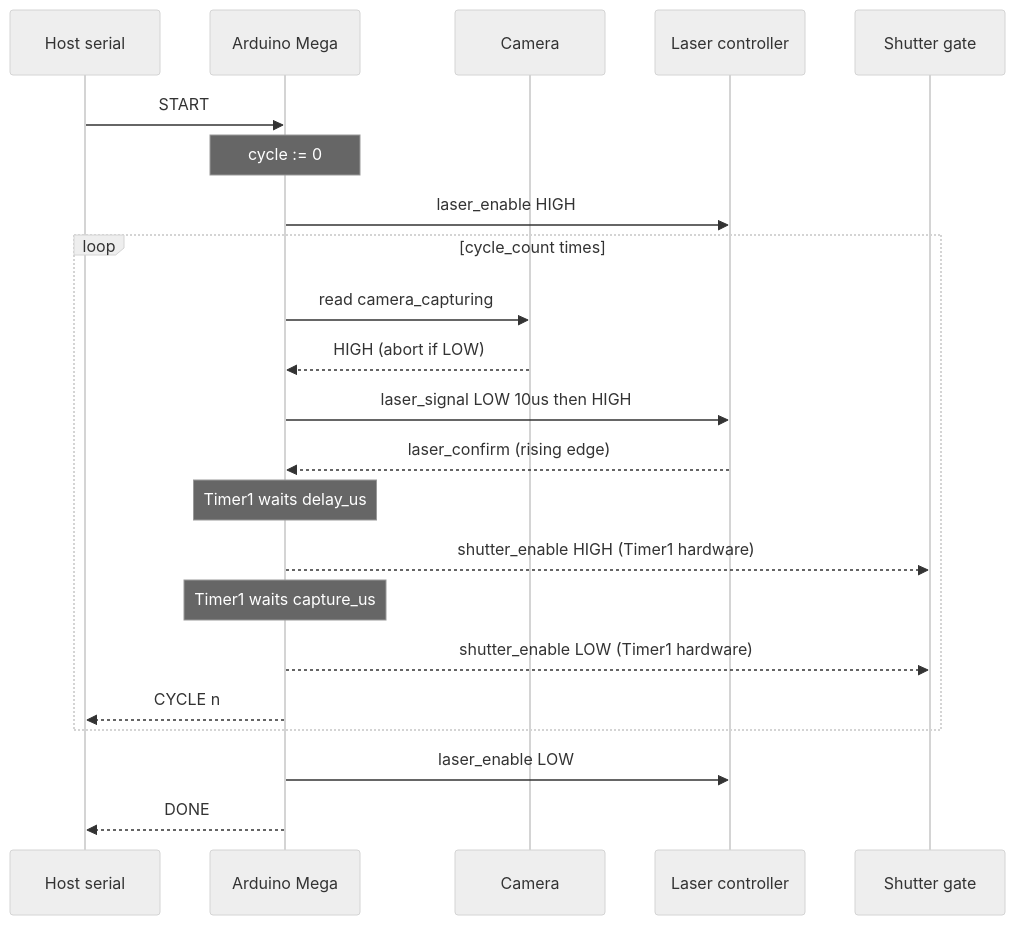
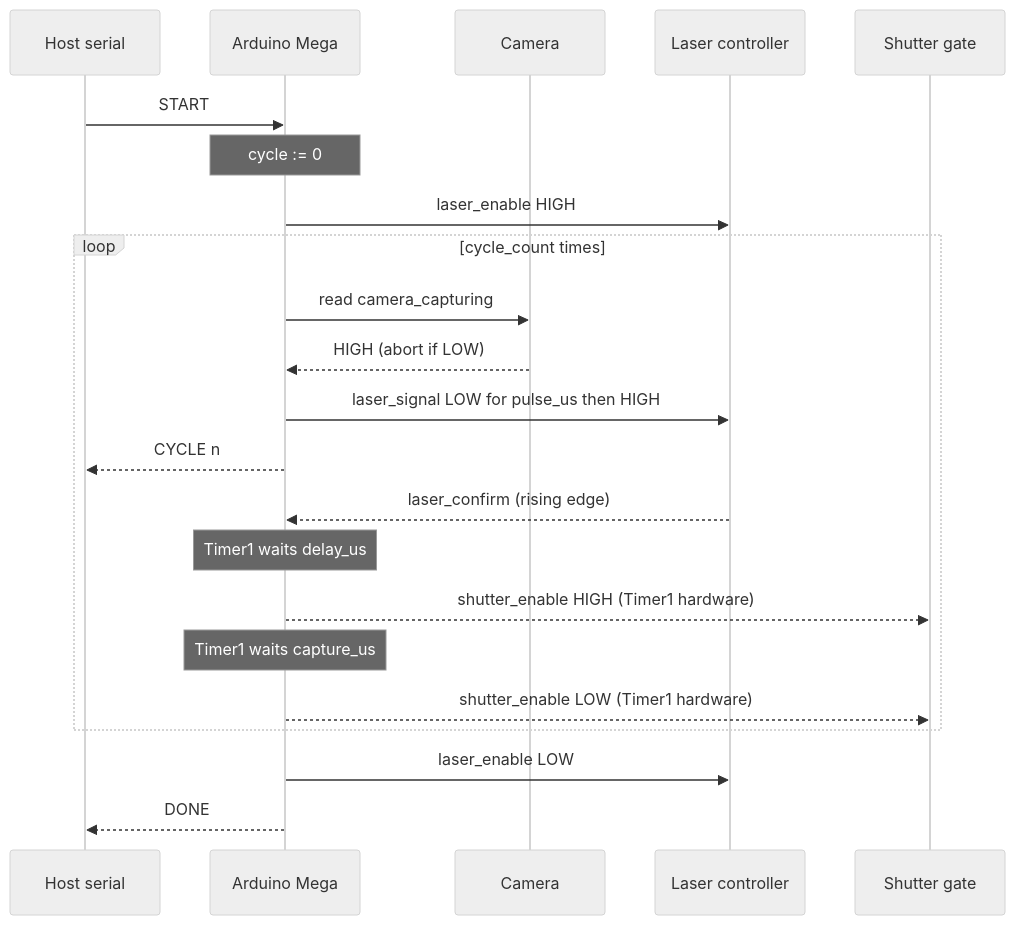
The fifth of 6 diagrams in Arduino/5_capture_sequence/README.md (jlassen-terray/FRET-Microscope-Timing), drawn with Mermaid (neutral theme) before and after one commit. The commit also changed other lines of this file and 2 other files, not shown here.

````diff
--- a/Arduino/5_capture_sequence/README.md
+++ b/Arduino/5_capture_sequence/README.md
@@ -113,27 +114,27 @@
 ```mermaid
 sequenceDiagram
     participant PC as Host serial
     participant M as Arduino Mega
     participant C as Camera
     participant L as Laser controller
     participant S as Shutter gate
 
     PC->>M: START
     Note over M: cycle := 0
     M->>L: laser_enable HIGH
 
     loop cycle_count times
         M->>C: read camera_capturing
         C-->>M: HIGH (abort if LOW)
-        M->>L: laser_signal LOW 10us then HIGH
+        M->>L: laser_signal LOW for pulse_us then HIGH
+        M-->>PC: CYCLE n
         L-->>M: laser_confirm (rising edge)
         Note over M: Timer1 waits delay_us
         M-->>S: shutter_enable HIGH (Timer1 hardware)
         Note over M: Timer1 waits capture_us
         M-->>S: shutter_enable LOW (Timer1 hardware)
-        M-->>PC: CYCLE n
     end
 
     M->>L: laser_enable LOW
     M-->>PC: DONE
 ```
````
